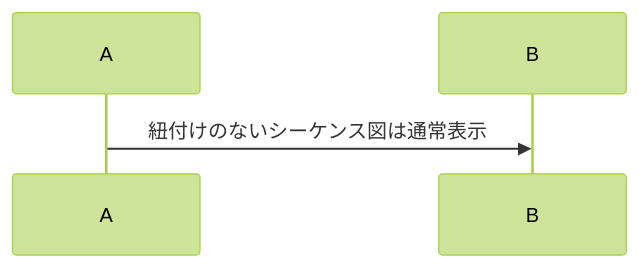
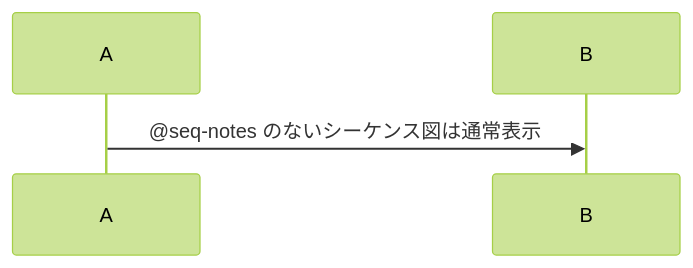
One commit to playree/markdown-design-doc-viewer changed the second of 2 diagrams in examples/login.md. Above: the diagram before and after it, drawn with Mermaid (forest theme). The commit also changed other lines of this file and 6 other files, not shown here.

First line of the commit message:
%% @seq-notes マーカーで横並び表示する図を明示する

````diff
--- a/examples/login.md
+++ b/examples/login.md
@@ -74,4 +75,4 @@
 ```mermaid
 sequenceDiagram
-    A->>B: 紐付けのないシーケンス図は通常表示
+    A->>B: @seq-notes のないシーケンス図は通常表示
 ```
````
